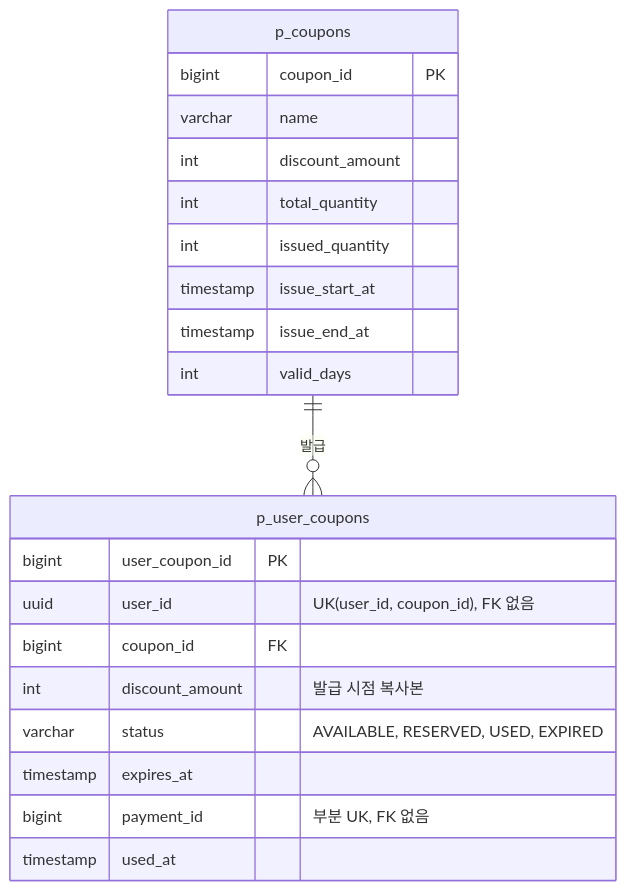
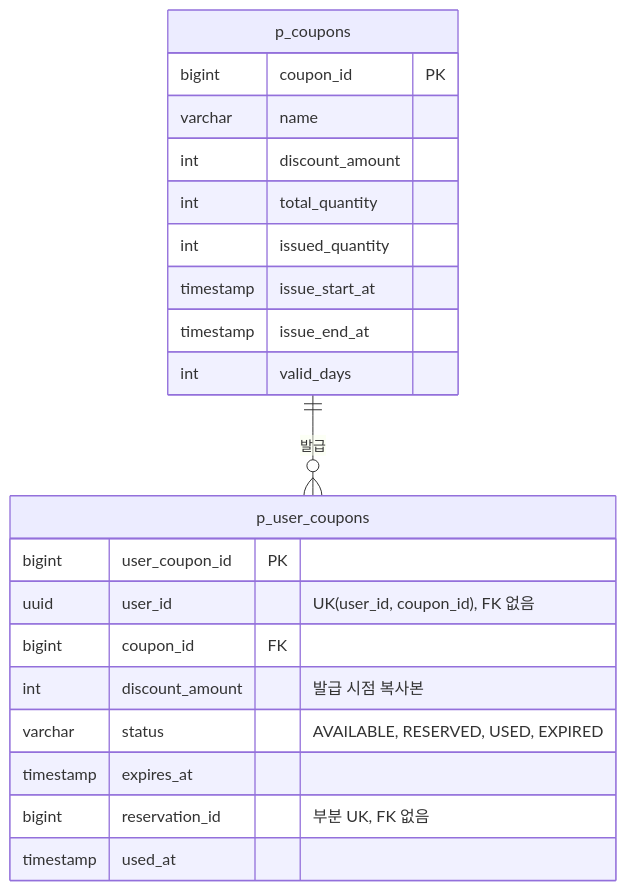
The diagram in docs/coupon/tables.md (Good-Ticket-Service/ticket), drawn with Mermaid before and after one commit. The commit also changed other lines of this file and 1 other file, not shown here.

First line of the commit message:
docs(reservation): 쿠폰 문서를 reservation-service 기준으로 바꾼다

````diff
--- a/docs/coupon/tables.md
+++ b/docs/coupon/tables.md
@@ -10,26 +10,26 @@
 ```mermaid
 erDiagram
     p_coupons ||--o{ p_user_coupons : "발급"
 
     p_coupons {
         bigint coupon_id PK
         varchar name
         int discount_amount
         int total_quantity
         int issued_quantity
         timestamp issue_start_at
         timestamp issue_end_at
         int valid_days
     }
 
     p_user_coupons {
         bigint user_coupon_id PK
         uuid user_id "UK(user_id, coupon_id), FK 없음"
         bigint coupon_id FK
         int discount_amount "발급 시점 복사본"
         varchar status "AVAILABLE, RESERVED, USED, EXPIRED"
         timestamp expires_at
-        bigint payment_id "부분 UK, FK 없음"
+        bigint reservation_id "부분 UK, FK 없음"
         timestamp used_at
     }
 ```
````
